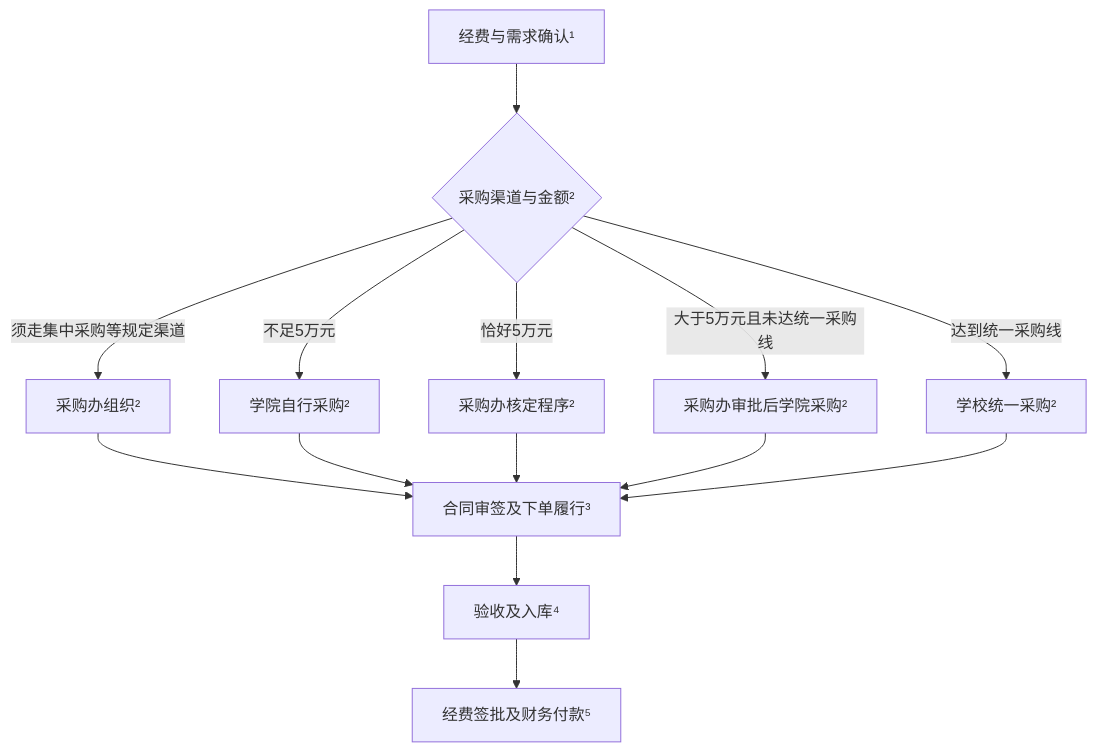
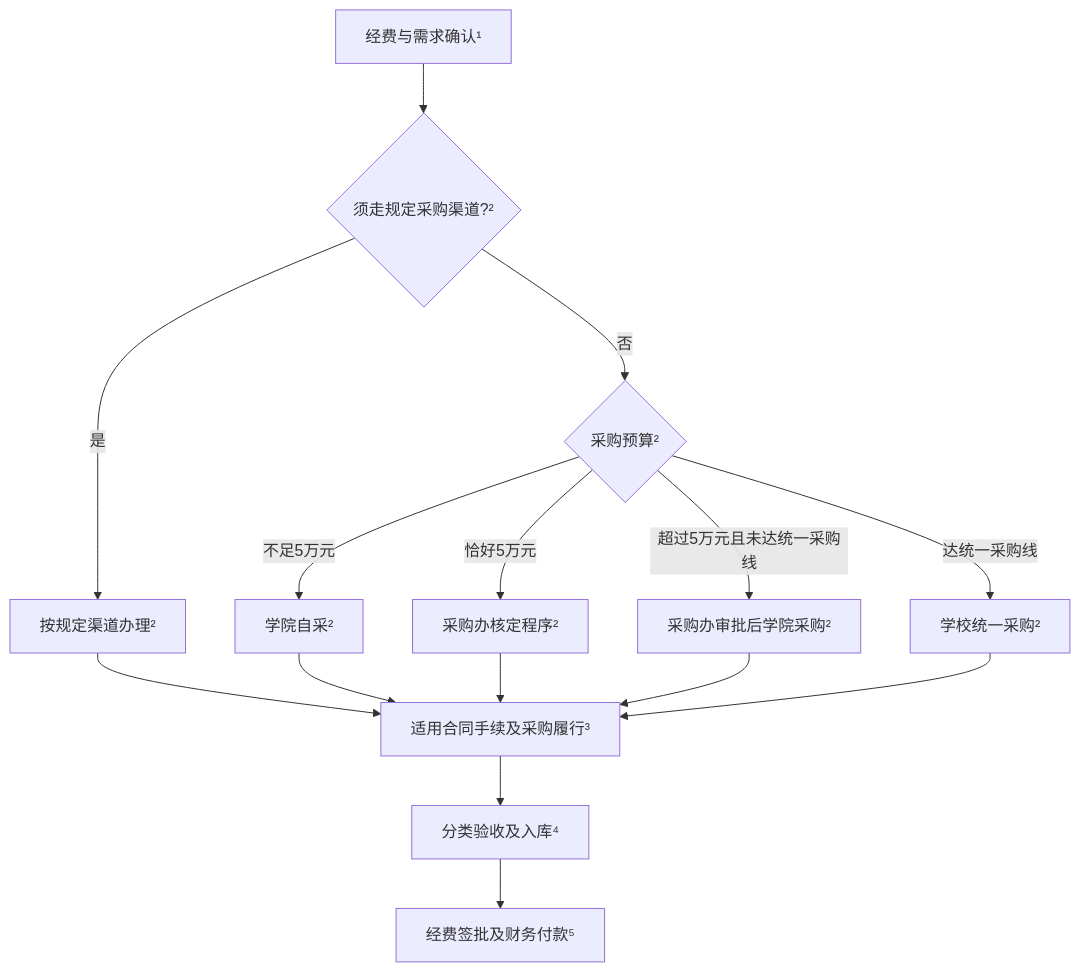
The fourth of 7 diagrams in content/posts/life/AHNU-财务.md (MTandHJ/mtandhj.github.io), drawn with Mermaid before and after one commit. The commit also changed other lines of this file and 2 other files, not shown here.

````diff
--- a/content/posts/life/AHNU-财务.md
+++ b/content/posts/life/AHNU-财务.md
@@ -85,15 +103,16 @@
 ```mermaid
 flowchart TB
-    A[经费与需求确认¹] --> B{采购渠道与金额²}
-    B -- 须走集中采购等规定渠道 --> C[采购办组织²]
-    B -- 不足5万元 --> D[学院自行采购²]
-    B -- 恰好5万元 --> E[采购办核定程序²]
-    B -- 大于5万元且未达统一采购线 --> F[采购办审批后学院采购²]
-    B -- 达到统一采购线 --> G[学校统一采购²]
-    C --> H[合同审签及下单履行³]
+    A[经费与需求确认¹] --> B{须走规定采购渠道?²}
+    B -- 是 --> C[按规定渠道办理²]
+    B -- 否 --> M{采购预算²}
+    M -- 不足5万元 --> D[学院自采²]
+    M -- 恰好5万元 --> E[采购办核定程序²]
+    M -- 超过5万元且未达统一采购线 --> F[采购办审批后学院采购²]
+    M -- 达统一采购线 --> G[学校统一采购²]
+    C --> H[适用合同手续及采购履行³]
     D --> H
     E --> H
     F --> H
     G --> H
-    H --> I[验收及入库⁴] --> J[经费签批及财务付款⁵]
+    H --> I[分类验收及入库⁴] --> J[经费签批及财务付款⁵]
 ```
````
